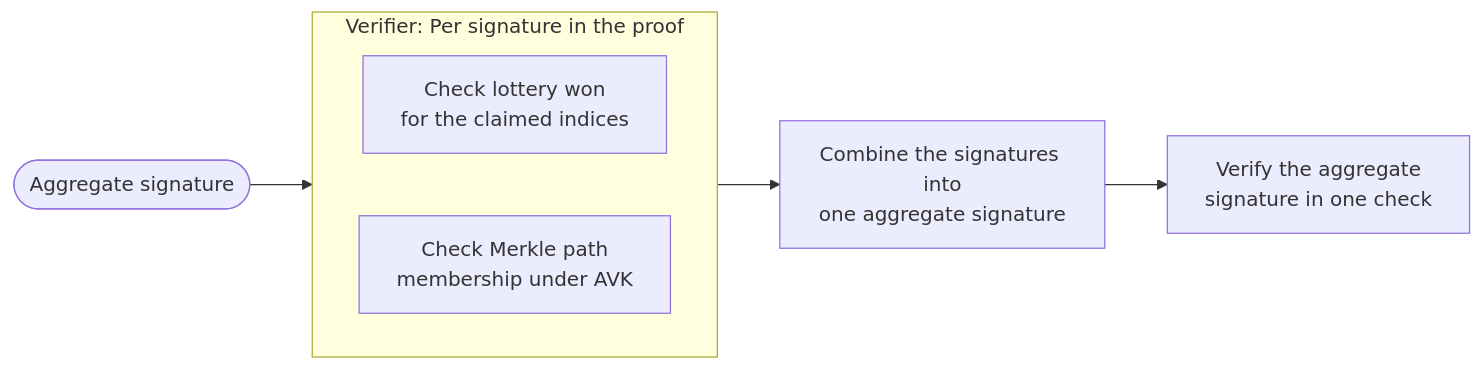
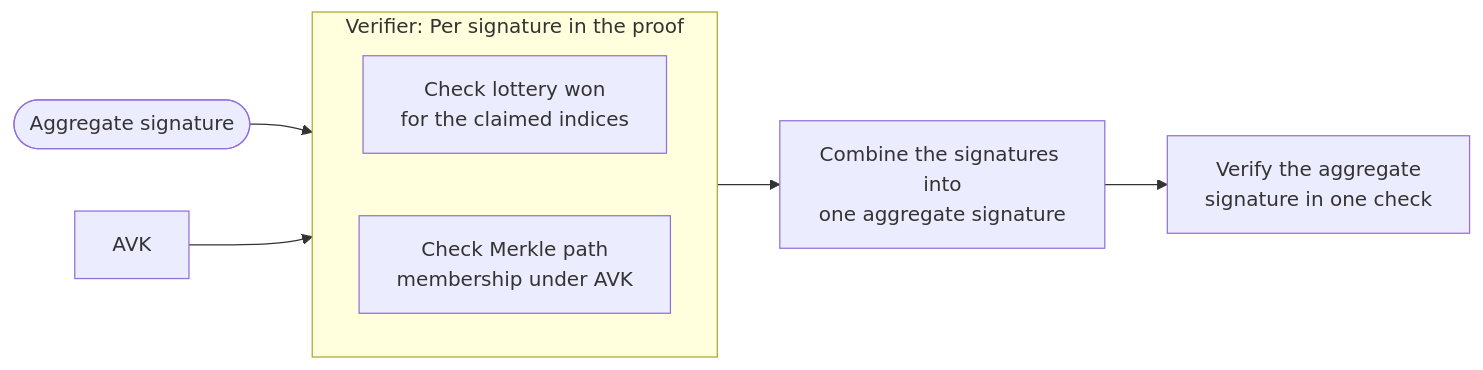
Before and after one commit to IntersectMBO/mithril: the second of 2 diagrams in docs/website/root/mithril/advanced/mithril-protocol/aggregation/concatenation.md, drawn with Mermaid. The commit also changed other lines of this file and 3 other files, not shown here.

````diff
--- a/docs/website/root/mithril/advanced/mithril-protocol/aggregation/concatenation.md
+++ b/docs/website/root/mithril/advanced/mithril-protocol/aggregation/concatenation.md
@@ -32,13 +41,14 @@
 ```mermaid
 flowchart LR
     Proof(["Aggregate signature"]) --> Loop2
+    AVK[AVK] --> Loop2
 
     subgraph Loop2["Verifier: Per signature in the proof"]
         direction LR
         L2["Check lottery won<br/>for the claimed indices"]
         M2["Check Merkle path<br/>membership under AVK"]
     end
 
     Loop2 --> Batch["Combine the signatures into<br/>one aggregate signature"]
     Batch --> Verify["Verify the aggregate<br/>signature in one check"]
 ```
````
